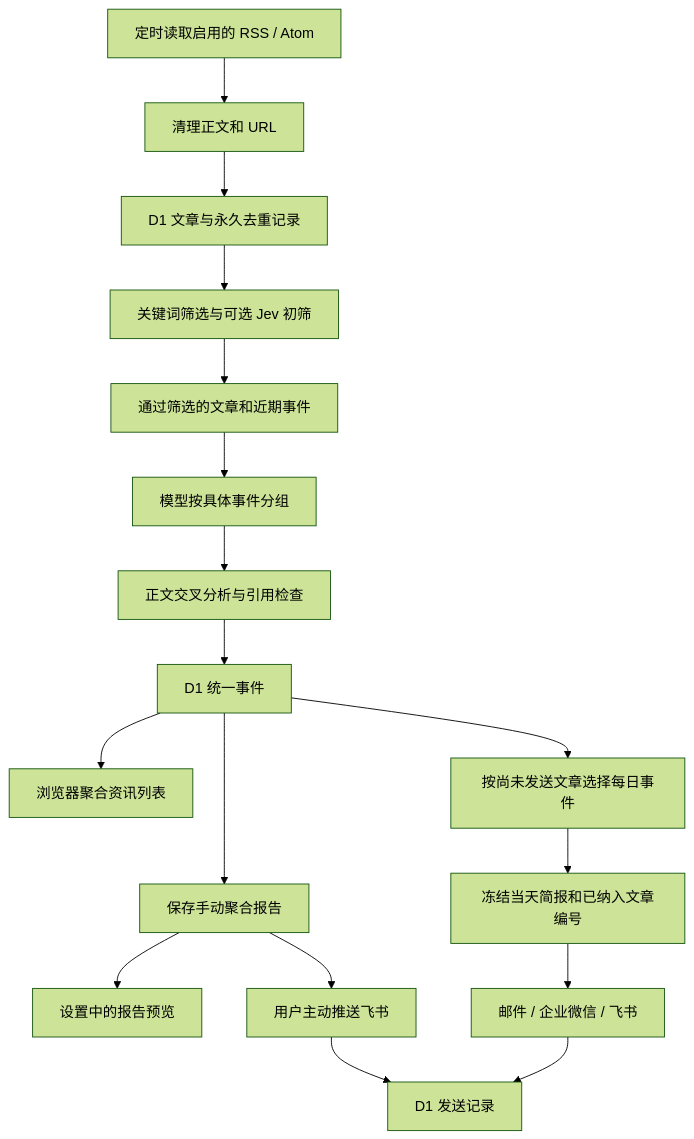
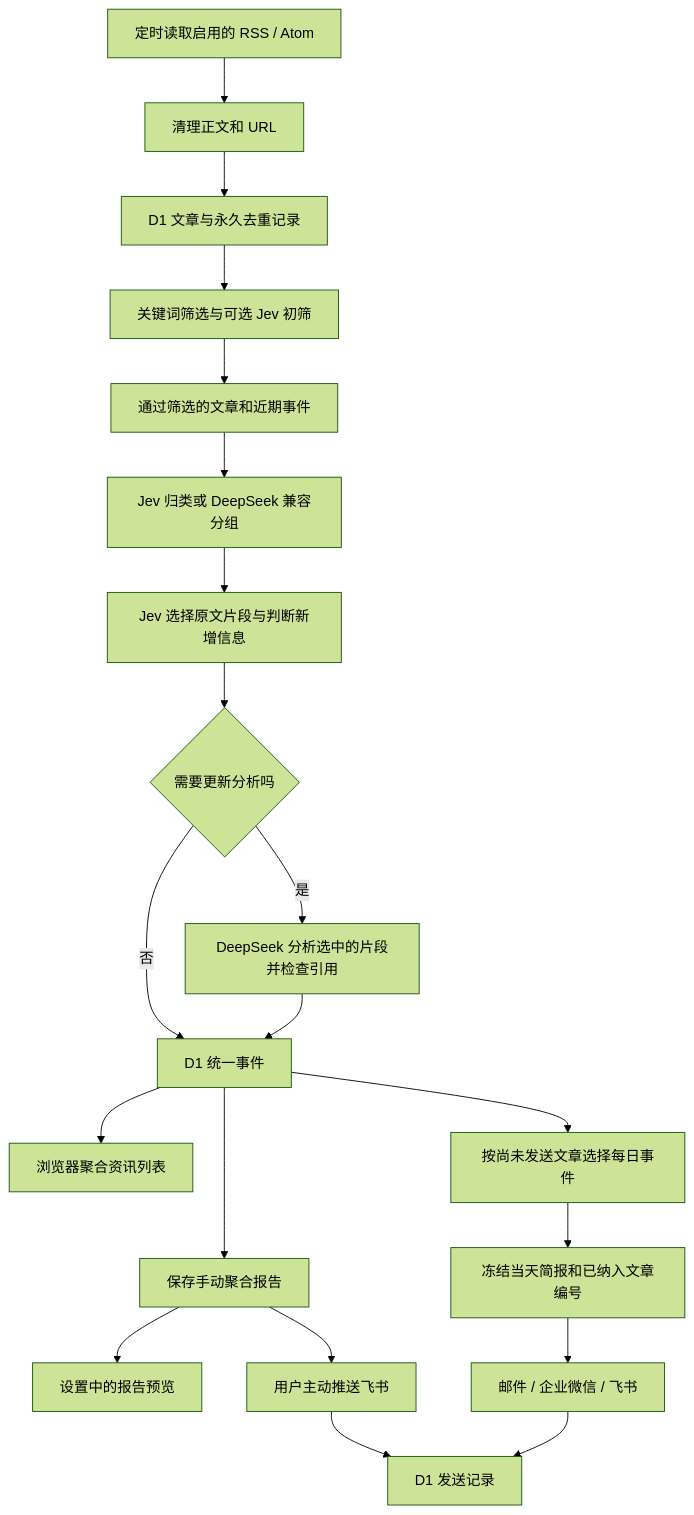
Before and after one commit to sulik0/lingxi-tech-reader: the diagram in ARCHITECTURE.md, drawn with Mermaid (forest theme). The commit also changed other lines of this file and 18 other files, not shown here.

Commit message:
Use Jev routing and evidence selection to reduce DeepSeek rereads

````diff
--- a/ARCHITECTURE.md
+++ b/ARCHITECTURE.md
@@ -30,19 +31,22 @@
 ```mermaid
 flowchart TD
   A[定时读取启用的 RSS / Atom] --> B[清理正文和 URL]
   B --> C[D1 文章与永久去重记录]
   C --> P[关键词筛选与可选 Jev 初筛]
   P --> D[通过筛选的文章和近期事件]
-  D --> E[模型按具体事件分组]
-  E --> F[正文交叉分析与引用检查]
+  D --> E[Jev 归类或 DeepSeek 兼容分组]
+  E --> V[Jev 选择原文片段与判断新增信息]
+  V --> U{需要更新分析吗}
+  U -->|否| G
+  U -->|是| F[DeepSeek 分析选中的片段并检查引用]
   F --> G[D1 统一事件]
   G --> H[保存手动聚合报告]
   G --> M[浏览器聚合资讯列表]
   H --> R[设置中的报告预览]
   H --> N[用户主动推送飞书]
   N --> L
   G --> I[按尚未发送文章选择每日事件]
   I --> J[冻结当天简报和已纳入文章编号]
   J --> K[邮件 / 企业微信 / 飞书]
   K --> L[D1 发送记录]
 ```
````
